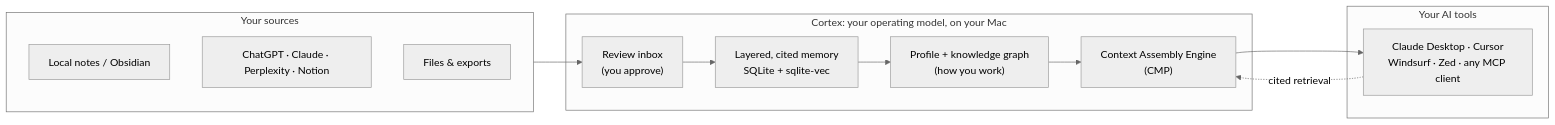
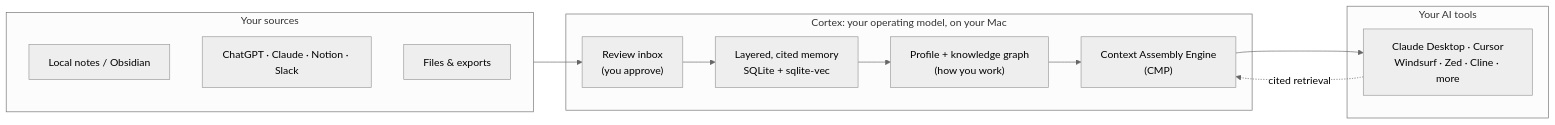
One commit to sarptandoven/cortex-app changed the diagram in README.md. Above: the diagram before and after it, drawn with Mermaid (neutral theme). The commit also changed other lines of this file, not shown here.

````diff
--- a/README.md
+++ b/README.md
@@ -79,19 +96,19 @@
 ```mermaid
 flowchart LR
     subgraph SOURCES["Your sources"]
       A1["Local notes / Obsidian"]
-      A2["ChatGPT · Claude · Perplexity · Notion"]
+      A2["ChatGPT · Claude · Notion · Slack"]
       A3["Files & exports"]
     end
     subgraph CORTEX["Cortex: your operating model, on your Mac"]
       B1["Review inbox<br/>(you approve)"]
       B2["Layered, cited memory<br/>SQLite + sqlite-vec"]
       B4["Profile + knowledge graph<br/>(how you work)"]
       B3["Context Assembly Engine<br/>(CMP)"]
     end
     subgraph TOOLS["Your AI tools"]
-      C1["Claude Desktop · Cursor<br/>Windsurf · Zed · any MCP client"]
+      C1["Claude Desktop · Cursor<br/>Windsurf · Zed · Cline · more"]
     end
     SOURCES --> B1 --> B2 --> B4 --> B3 --> C1
     C1 -. "cited retrieval" .-> B3
 ```
````
